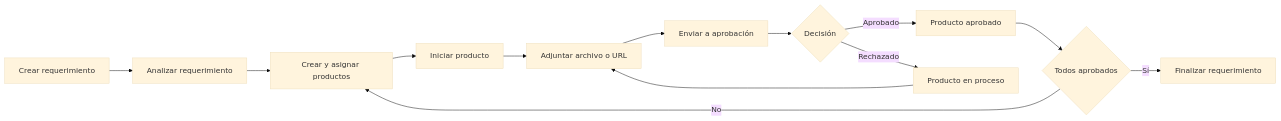
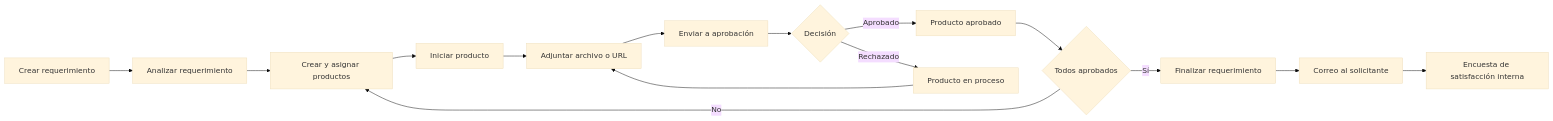
Before and after one commit to christyepez/appTraficoMKT: the diagram in docs/functional/user-guide.md, drawn with Mermaid (base theme). The commit also changed other lines of this file and 5 other files, not shown here.

````diff
--- a/docs/functional/user-guide.md
+++ b/docs/functional/user-guide.md
@@ -43,15 +43,17 @@
 ```mermaid
 flowchart LR
   A[Crear requerimiento] --> B[Analizar requerimiento]
   B --> C[Crear y asignar productos]
   C --> D[Iniciar producto]
   D --> E[Adjuntar archivo o URL]
   E --> F[Enviar a aprobación]
   F --> G{Decisión}
   G -->|Aprobado| H[Producto aprobado]
   G -->|Rechazado| I[Producto en proceso]
   I --> E
   H --> J{Todos aprobados}
   J -->|Sí| K[Finalizar requerimiento]
   J -->|No| C
+  K --> L[Correo al solicitante]
+  L --> M[Encuesta de satisfacción interna]
 ```
````
